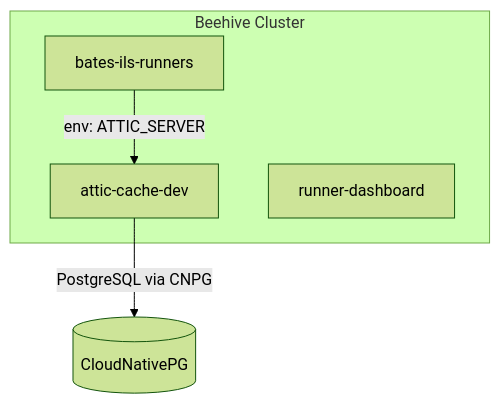
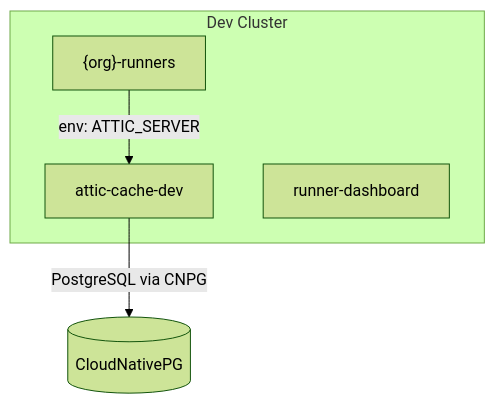
One commit to Jesssullivan/GloriousFlywheel changed the diagram in docs/infrastructure/clusters-and-environments.md. Above: the diagram before and after it, drawn with Mermaid (forest theme). The commit also changed other lines of this file and 36 other files, not shown here.

````diff
--- a/docs/infrastructure/clusters-and-environments.md
+++ b/docs/infrastructure/clusters-and-environments.md
@@ -29,10 +29,10 @@
 ```mermaid
 graph TD
-    subgraph beehive["Beehive Cluster"]
+    subgraph devcluster["Dev Cluster"]
         NS1[attic-cache-dev]
-        NS2[bates-ils-runners]
+        NS2["{org}-runners"]
         NS3[runner-dashboard]
     end
     NS1 -->|"PostgreSQL via CNPG"| DB[(CloudNativePG)]
     NS2 -->|"env: ATTIC_SERVER"| NS1
 ```
````
